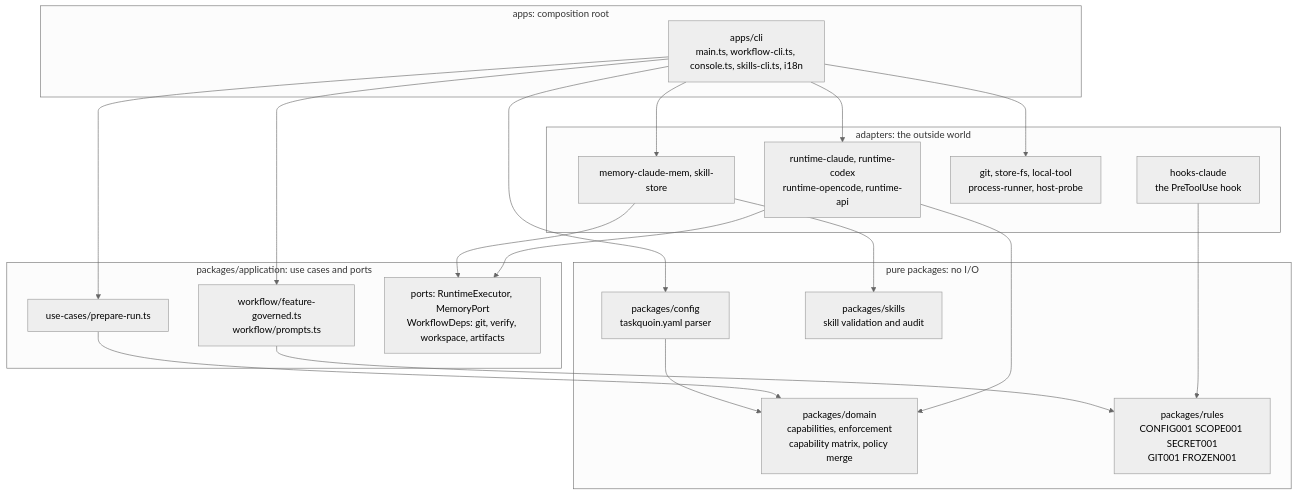
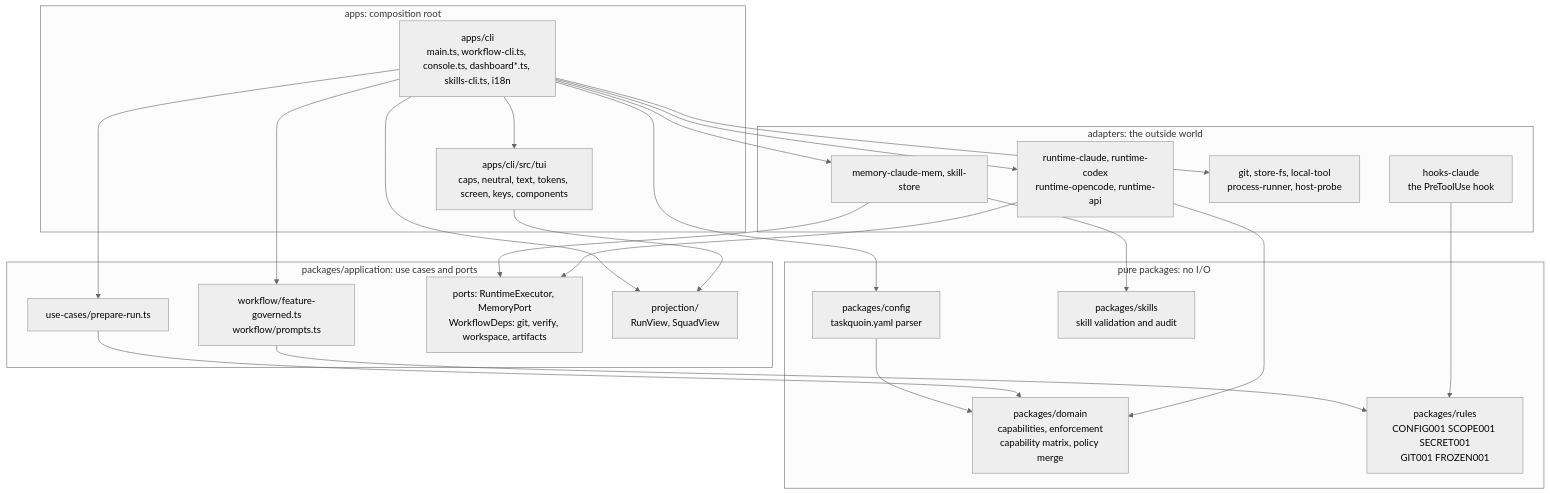
The second of 6 diagrams in docs/concepts/architecture.md (malekbig/taskquoin), drawn with Mermaid (neutral theme) before and after one commit. The commit also changed other lines of this file and 166 other files, not shown here.

Commit message:
Taskquoin: the Dashboard — a live, read-only view of a run, a diff viewer and an approval centre that hands the approval to taskquoin approve

````diff
--- a/docs/concepts/architecture.md
+++ b/docs/concepts/architecture.md
@@ -248,33 +255,38 @@
 ```mermaid
 flowchart TB
     subgraph appsL["apps: composition root"]
-        cliapp["apps/cli<br/>main.ts, workflow-cli.ts, console.ts, skills-cli.ts, i18n"]
+        cliapp["apps/cli<br/>main.ts, workflow-cli.ts, console.ts, dashboard*.ts, skills-cli.ts, i18n"]
+        tuiapp["apps/cli/src/tui<br/>caps, neutral, text, tokens, screen, keys, components"]
     end
     subgraph adaptersL["adapters: the outside world"]
         runtimes["runtime-claude, runtime-codex<br/>runtime-opencode, runtime-api"]
         hookad["hooks-claude<br/>the PreToolUse hook"]
         infra["git, store-fs, local-tool<br/>process-runner, host-probe"]
         extra["memory-claude-mem, skill-store"]
     end
     subgraph appL["packages/application: use cases and ports"]
         wfmod["workflow/feature-governed.ts<br/>workflow/prompts.ts"]
         ucmod["use-cases/prepare-run.ts"]
         portmod["ports: RuntimeExecutor, MemoryPort<br/>WorkflowDeps: git, verify, workspace, artifacts"]
+        projmod["projection/<br/>RunView, SquadView"]
     end
     subgraph pureL["pure packages: no I/O"]
         dom["packages/domain<br/>capabilities, enforcement<br/>capability matrix, policy merge"]
         rul["packages/rules<br/>CONFIG001 SCOPE001 SECRET001<br/>GIT001 FROZEN001"]
         cfgmod["packages/config<br/>taskquoin.yaml parser"]
         skl["packages/skills<br/>skill validation and audit"]
     end
     cliapp --> runtimes & infra & extra
     cliapp --> wfmod & ucmod
     cliapp --> cfgmod
+    cliapp --> tuiapp
+    tuiapp --> projmod
+    cliapp --> projmod
     runtimes --> portmod
     runtimes --> dom
     hookad --> rul
     extra --> portmod & skl
     wfmod --> rul
     ucmod --> dom
     cfgmod --> dom
 ```
````
